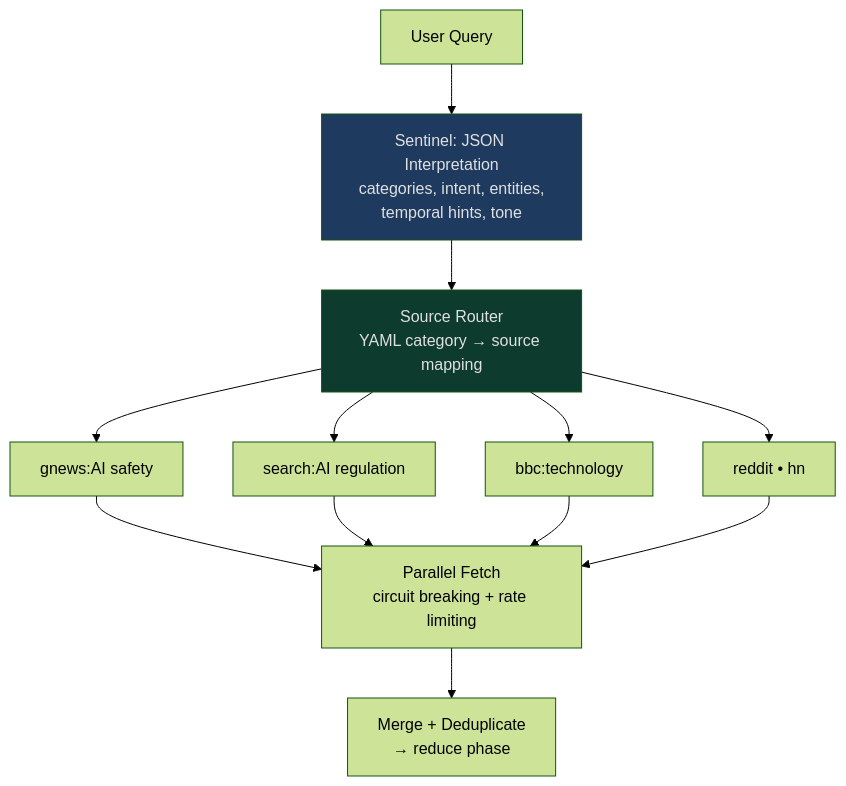
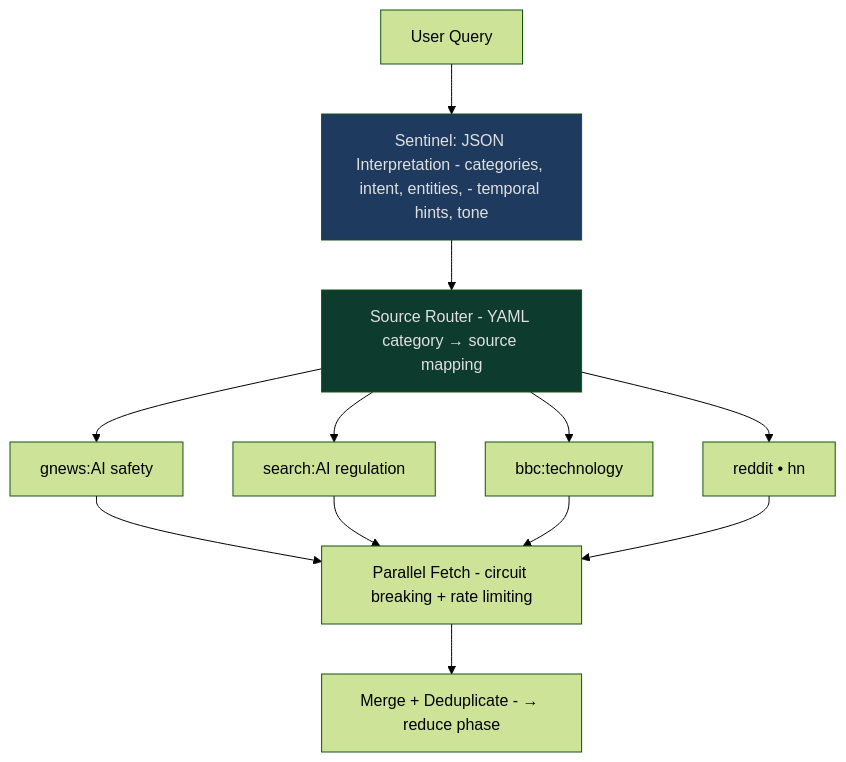
One commit to Shaddix/mostlylucidweb changed the second of 10 diagrams in Mostlylucid/Markdown/doomsummarizer-deep-research.md. Above: the diagram before and after it, drawn with Mermaid (forest theme). The commit also changed other lines of this file and 25 other files, not shown here.

````diff
--- a/Mostlylucid/Markdown/doomsummarizer-deep-research.md
+++ b/Mostlylucid/Markdown/doomsummarizer-deep-research.md
@@ -108,14 +108,14 @@
 ```mermaid
 flowchart TD
-    Q["User Query"] --> Sentinel["Sentinel: JSON Interpretation\ncategories, intent, entities,\ntemporal hints, tone"]
-    Sentinel --> Router["Source Router\nYAML category → source mapping"]
+    Q["User Query"] --> Sentinel["Sentinel: JSON Interpretation - categories, intent, entities, - temporal hints, tone"]
+    Sentinel --> Router["Source Router - YAML category → source mapping"]
     Router --> S1["gnews:AI safety"]
     Router --> S2["search:AI regulation"]
     Router --> S3["bbc:technology"]
     Router --> S4["reddit • hn"]
-    S1 & S2 & S3 & S4 --> Fetch["Parallel Fetch\ncircuit breaking + rate limiting"]
-    Fetch --> Merge["Merge + Deduplicate\n→ reduce phase"]
+    S1 & S2 & S3 & S4 --> Fetch["Parallel Fetch - circuit breaking + rate limiting"]
+    Fetch --> Merge["Merge + Deduplicate - → reduce phase"]
 
     style Sentinel fill:#1e3a5f,color:#e0e0e0
     style Router fill:#0d3b2e,color:#e0e0e0
 ```
````
